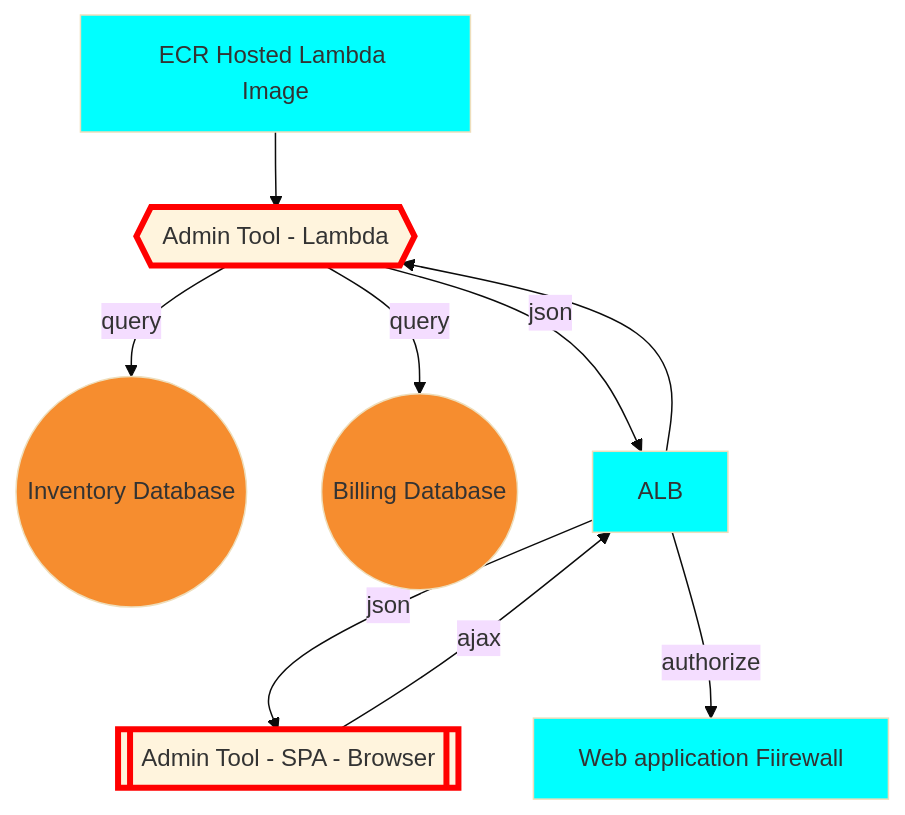
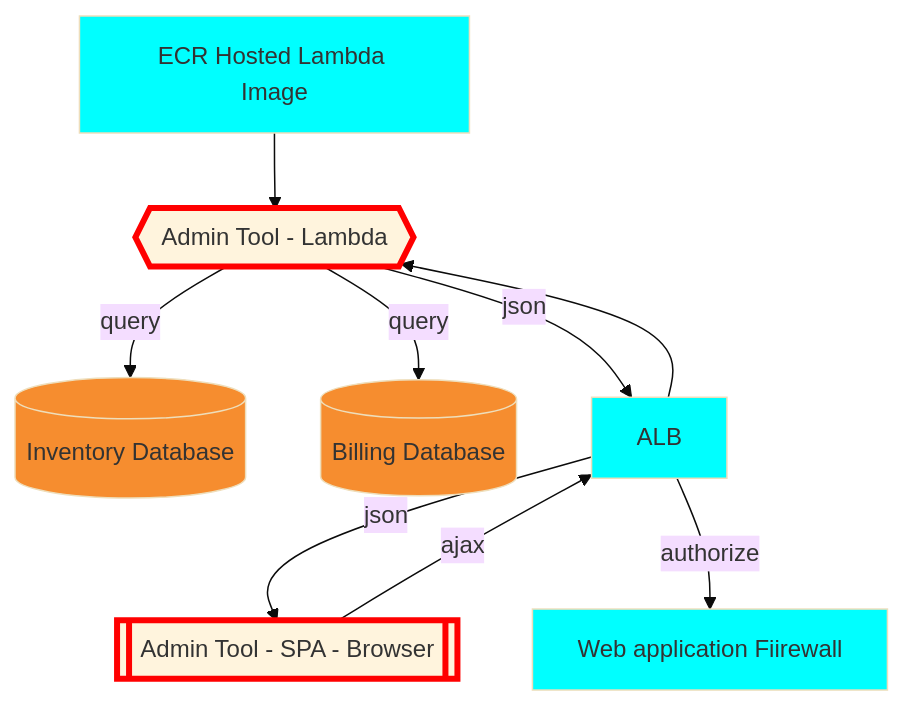
The diagram in diagrams/admin-lambda.mmd (CDLUC3/mrt-doc), drawn with Mermaid before and after one commit. The commit also changed 12 other files, not shown here.

Commit message:
diagram conventions

```diff
--- a/diagrams/admin-lambda.mmd
+++ b/diagrams/admin-lambda.mmd
@@ -1,25 +1,25 @@
 %%{init: {'theme': 'base'}}%%
 graph TD
-  RDSINV((Inventory Database))
-  RDSBILL((Billing Database))
+  RDSINV[(Inventory Database)]
+  RDSBILL[(Billing Database)]
   ADMIN{{Admin Tool - Lambda}}
   ADMINWEB[[Admin Tool - SPA - Browser]]
   WAF[Web application Fiirewall]
   ECR[ECR Hosted Lambda Image]
 
   ADMIN --> |query| RDSBILL
   ADMIN --> |query| RDSINV
   ALB --> ADMIN
   ADMIN --> |json| ALB
   ADMINWEB --> |ajax| ALB
   ALB --> |json| ADMINWEB
   ALB --> |authorize| WAF
   ECR --> ADMIN
 
   style RDSINV fill:#F68D2F
   style RDSBILL fill:#F68D2F
   style ADMIN stroke:red,stroke-width:4px
   style ADMINWEB stroke:red,stroke-width:4px
   style ALB fill:cyan
   style WAF fill:cyan
   style ECR fill:cyan
```
